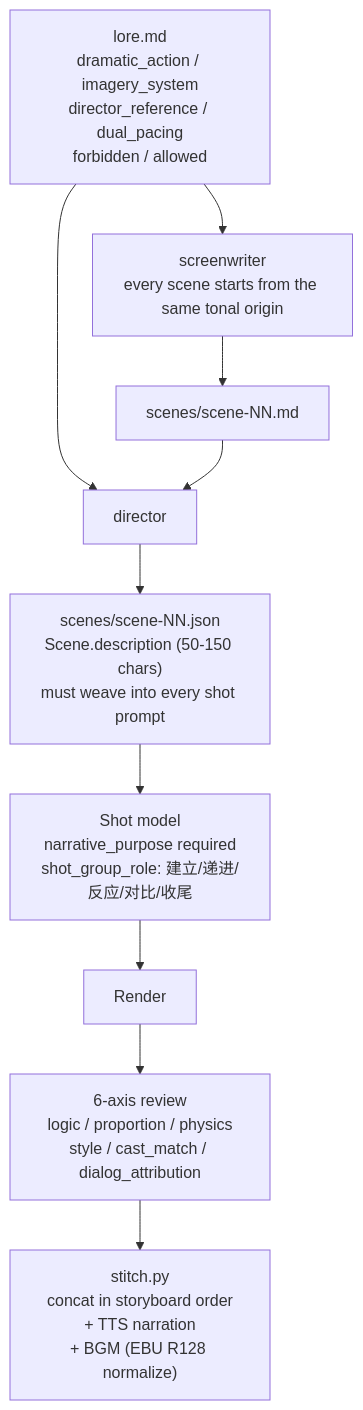
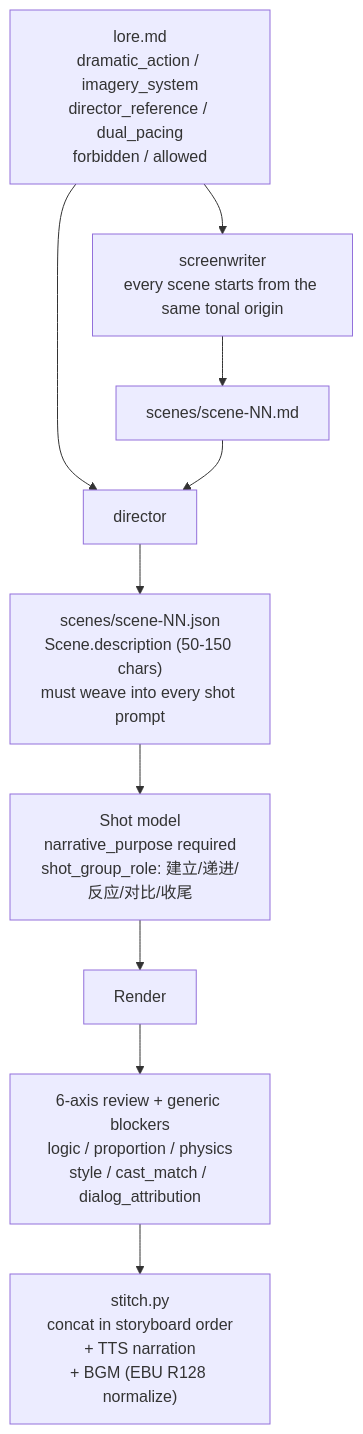
Before and after one commit to JohnKeating1997/spark-video: the third of 6 diagrams in docs/architecture.md, drawn with Mermaid. The commit also changed other lines of this file and 2 other files, not shown here.

````diff
--- a/docs/architecture.md
+++ b/docs/architecture.md
@@ -262,13 +301,13 @@
 ```mermaid
 flowchart TB
     Lore["lore.md<br/>dramatic_action / imagery_system<br/>director_reference / dual_pacing<br/>forbidden / allowed"]
     Lore --> SW[screenwriter<br/>every scene starts from the same tonal origin]
     Lore --> DIR[director]
     SW --> SceneMD[scenes/scene-NN.md]
     SceneMD --> DIR
     DIR --> SceneJSON["scenes/scene-NN.json<br/>Scene.description (50-150 chars)<br/>must weave into every shot prompt"]
     SceneJSON --> Shot["Shot model<br/>narrative_purpose required<br/>shot_group_role: 建立/递进/反应/对比/收尾"]
     Shot --> Render
-    Render --> Review["6-axis review<br/>logic / proportion / physics<br/>style / cast_match / dialog_attribution"]
+    Render --> Review["6-axis review + generic blockers<br/>logic / proportion / physics<br/>style / cast_match / dialog_attribution"]
     Review --> Stitch["stitch.py<br/>concat in storyboard order<br/>+ TTS narration<br/>+ BGM (EBU R128 normalize)"]
 ```
````
